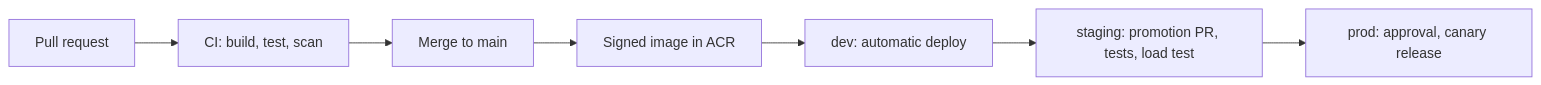
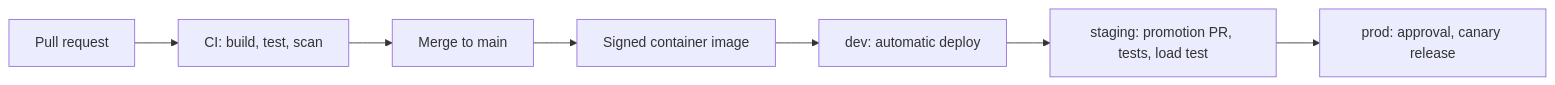
One commit to robert-miani/abysalto-webshop changed the fifth of 5 diagrams in docs/architecture.md. Above: the diagram before and after it, drawn with Mermaid. The commit also changed other lines of this file, not shown here.

First line of the commit message:
docs: shorten architecture document to exam scope

````diff
--- a/docs/architecture.md
+++ b/docs/architecture.md
@@ -773,9 +409,9 @@
 ```mermaid
 flowchart LR
     pr["Pull request"] --> ci["CI: build, test, scan"]
     ci --> main["Merge to main"]
-    main --> img["Signed image in ACR"]
+    main --> img["Signed container image"]
     img --> dev["dev: automatic deploy"]
     dev --> stg["staging: promotion PR, tests, load test"]
     stg --> prod["prod: approval, canary release"]
 ```
````
